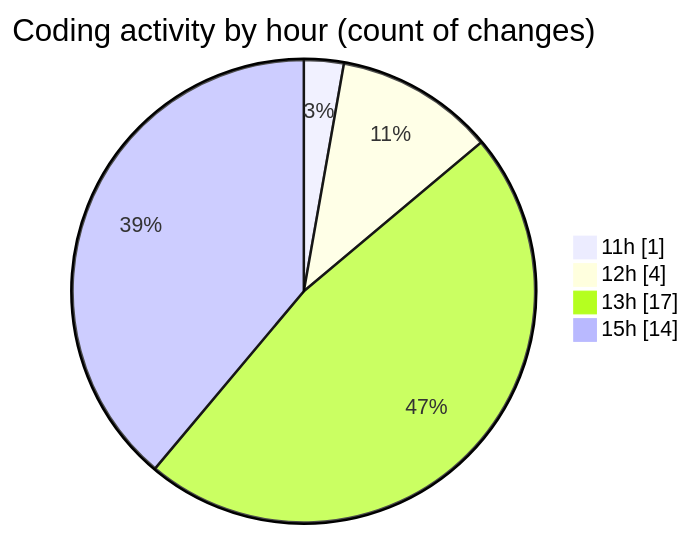
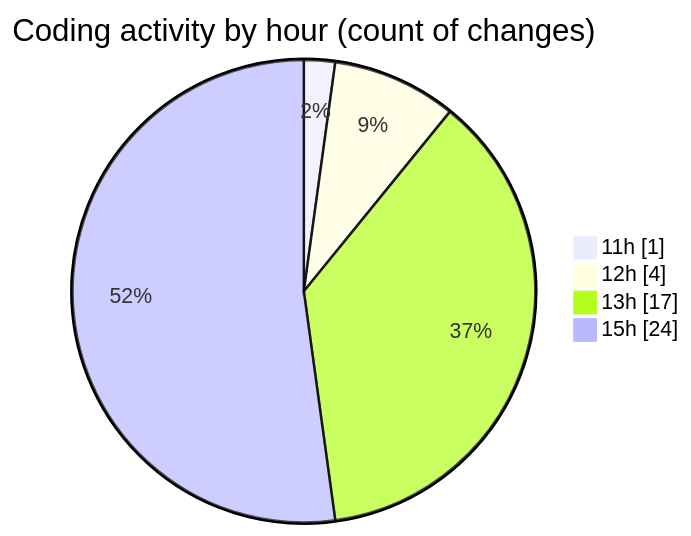
One commit to nxtqubesakshisongat/code-tracking changed the second of 2 diagrams in 2025-09-28/nxtqube_webapp/README.md. Above: the diagram before and after it, drawn with Mermaid. The commit also changed other lines of this file and 1 other file, not shown here.

````diff
--- a/2025-09-28/nxtqube_webapp/README.md
+++ b/2025-09-28/nxtqube_webapp/README.md
@@ -29,8 +29,8 @@
 ```mermaid
 pie showData
 title Coding activity by hour (count of changes)
 "11h" : 1
 "12h" : 4
 "13h" : 17
-"15h" : 14
+"15h" : 24
 ```
````
